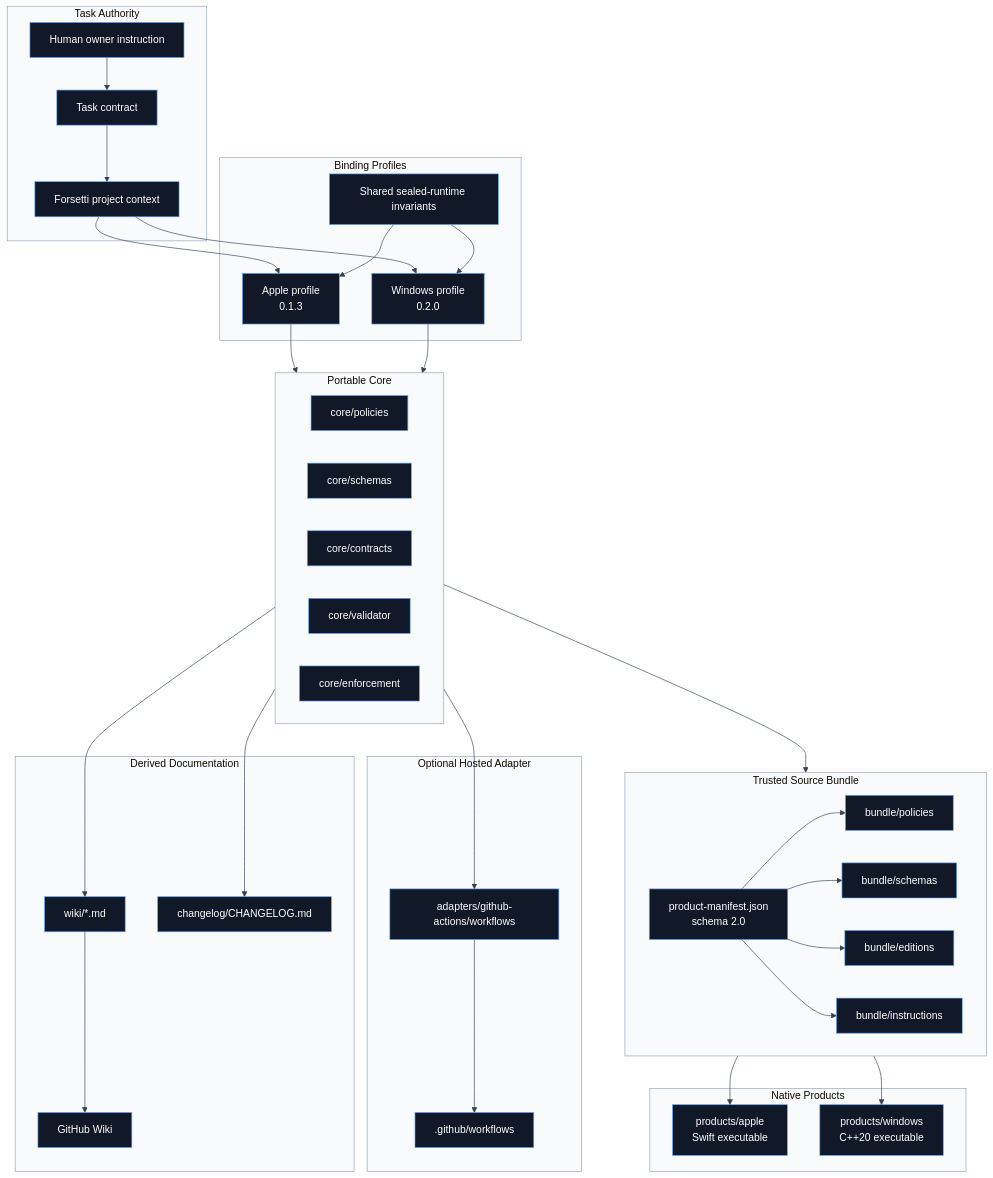
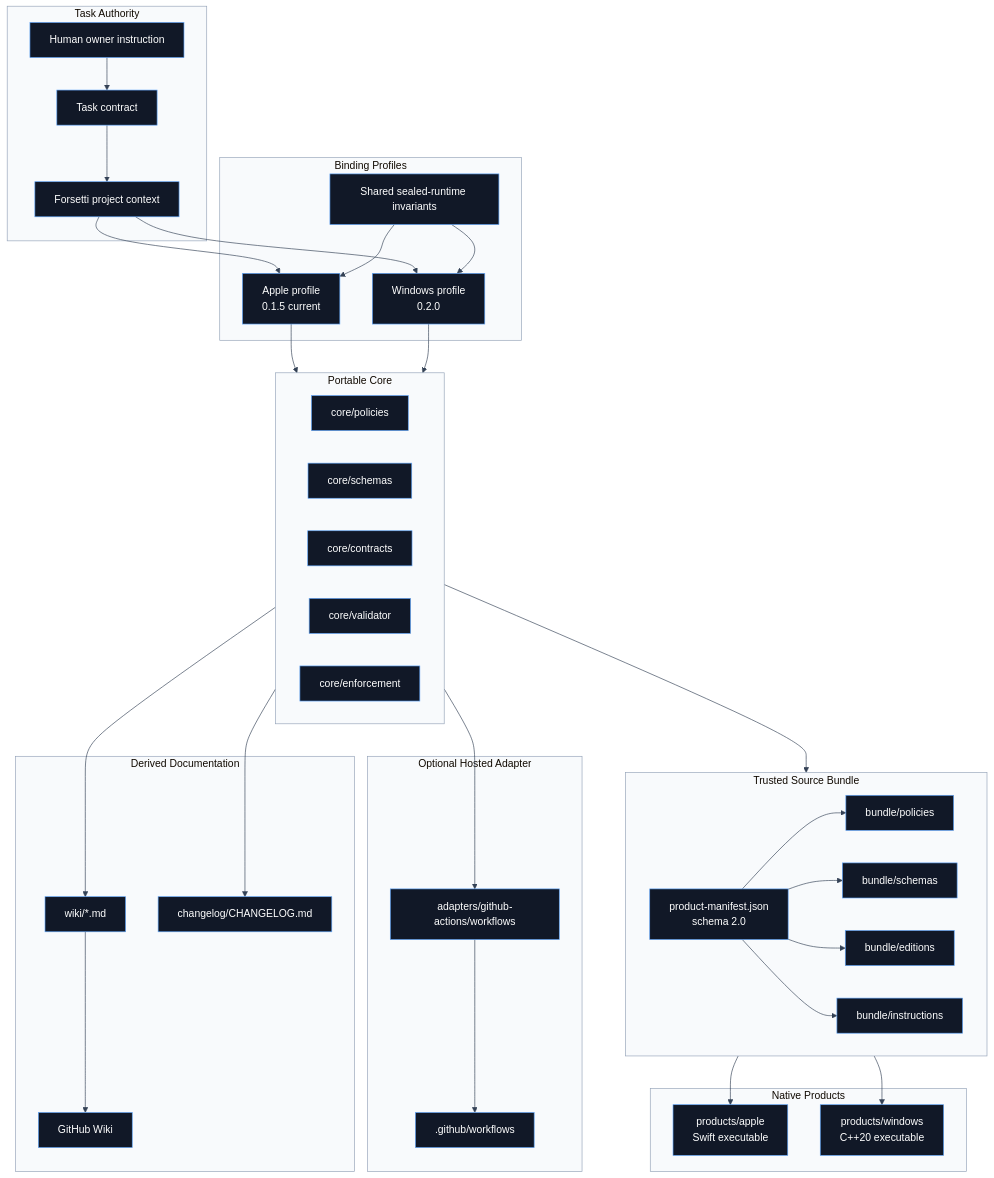
Before and after one commit to flynn33/forsetti-agentic-edition: the first of 2 diagrams in wiki/Overview.md, drawn with Mermaid. The commit also changed other lines of this file and 46 other files, not shown here.

````diff
--- a/wiki/Overview.md
+++ b/wiki/Overview.md
@@ -14,65 +14,65 @@
 ```mermaid
 %%{init: {"theme":"base","themeVariables":{"primaryColor":"#111827","primaryTextColor":"#ffffff","primaryBorderColor":"#60a5fa","lineColor":"#334155","secondaryColor":"#f8fafc","tertiaryColor":"#eff6ff","clusterBkg":"#f8fafc","clusterBorder":"#94a3b8"}}}%%
 flowchart TB
     subgraph Authority["Task Authority"]
         Owner["Human owner instruction"]
         Task["Task contract"]
         Context["Forsetti project context"]
     end
 
     subgraph Profiles["Binding Profiles"]
         Shared["Shared sealed-runtime invariants"]
-        AppleProfile["Apple profile<br/>0.1.3"]
+        AppleProfile["Apple profile<br/>0.1.5 current"]
         WindowsProfile["Windows profile<br/>0.2.0"]
     end
 
     subgraph Core["Portable Core"]
         CorePolicies["core/policies"]
         CoreSchemas["core/schemas"]
         CoreContracts["core/contracts"]
         CoreValidator["core/validator"]
         CoreAuthority["core/enforcement"]
     end
 
     subgraph Bundle["Trusted Source Bundle"]
         ProductManifest["product-manifest.json<br/>schema 2.0"]
         BundledPolicies["bundle/policies"]
         BundledSchemas["bundle/schemas"]
         BundledProfiles["bundle/editions"]
         BundledInstructions["bundle/instructions"]
     end
 
     subgraph Native["Native Products"]
         AppleCLI["products/apple<br/>Swift executable"]
         WindowsCLI["products/windows<br/>C++20 executable"]
     end
 
     subgraph Hosted["Optional Hosted Adapter"]
         Workflows[".github/workflows"]
         AdapterScripts["adapters/github-actions/workflows"]
     end
 
     subgraph Docs["Derived Documentation"]
         RepoWiki["wiki/*.md"]
         LiveWiki["GitHub Wiki"]
         Changelog["changelog/CHANGELOG.md"]
     end
 
     Owner --> Task --> Context
     Context --> AppleProfile
     Context --> WindowsProfile
     Shared --> AppleProfile
     Shared --> WindowsProfile
     AppleProfile --> Core
     WindowsProfile --> Core
     Core --> Bundle
     ProductManifest --> BundledPolicies
     ProductManifest --> BundledSchemas
     ProductManifest --> BundledProfiles
     ProductManifest --> BundledInstructions
     Bundle --> AppleCLI
     Bundle --> WindowsCLI
     Core --> AdapterScripts --> Workflows
     Core --> RepoWiki --> LiveWiki
     Core --> Changelog
 ```
````
